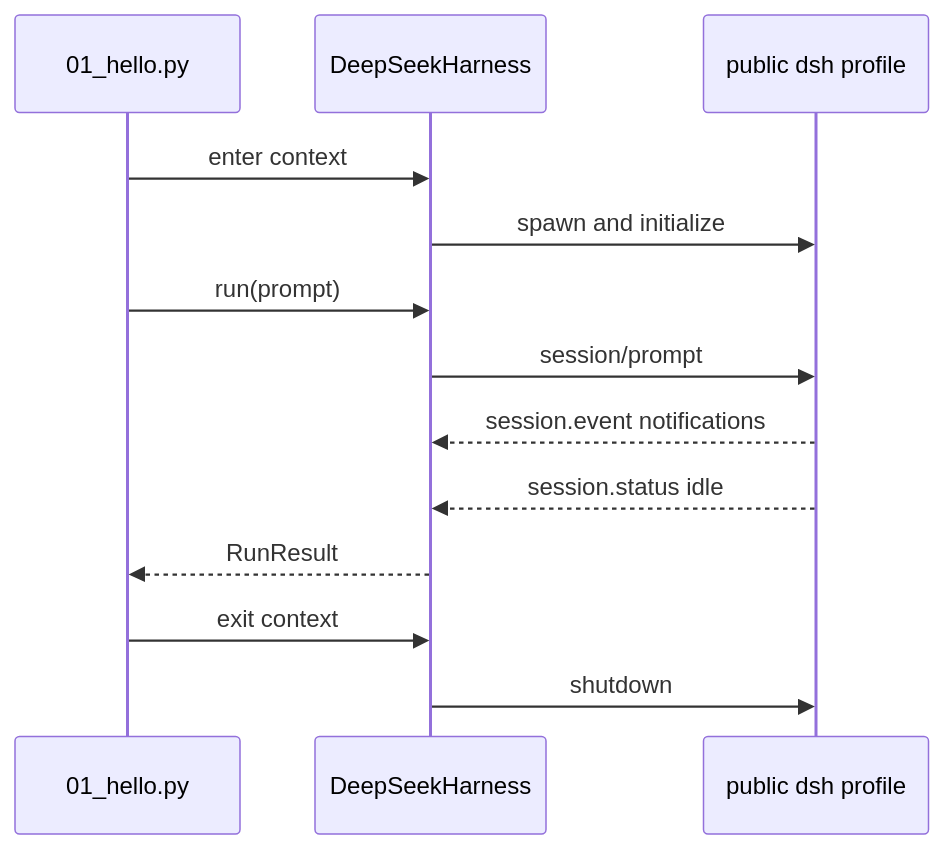
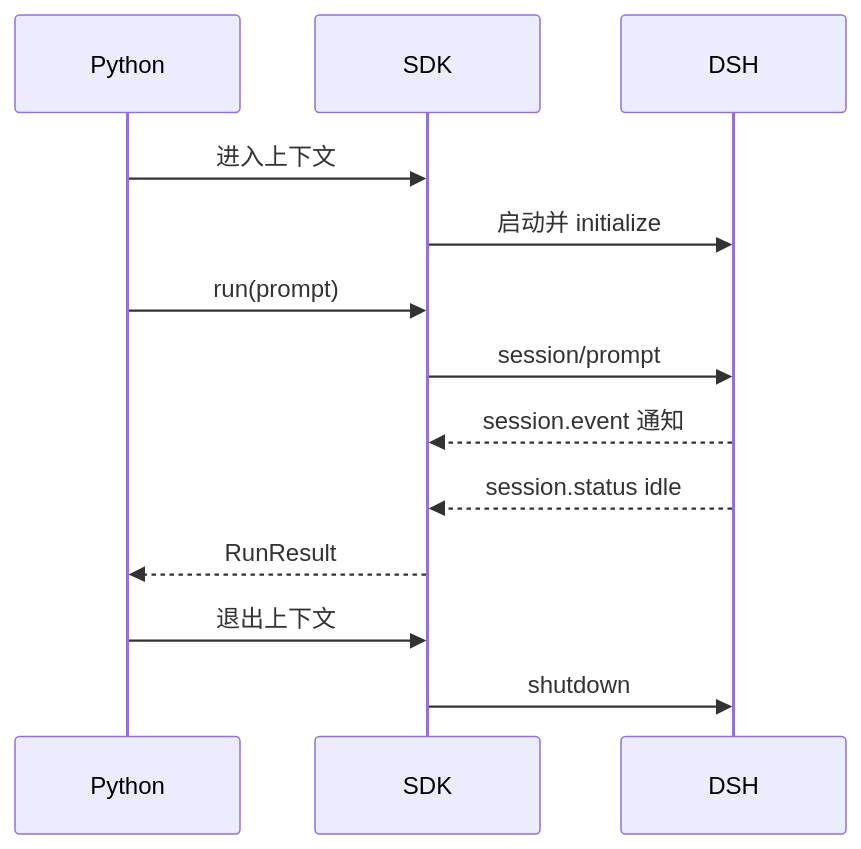
The diagram in tutorials/python-sdk/tutorials/01-hello.zh.md (eriklee1895/hands-on-dsh), drawn with Mermaid before and after one commit. The commit also changed other lines of this file and 86 other files, not shown here.

Commit message:
docs: improve course narrative, technical guidance, and diagrams

````diff
--- a/tutorials/python-sdk/tutorials/01-hello.zh.md
+++ b/tutorials/python-sdk/tutorials/01-hello.zh.md
@@ -27,15 +40,15 @@
 ```mermaid
 sequenceDiagram
-    participant App as 01_hello.py
-    participant SDK as DeepSeekHarness
-    participant Runtime as public dsh profile
-    App->>SDK: enter context
-    SDK->>Runtime: spawn and initialize
+    participant App as Python
+    participant SDK as SDK
+    participant Runtime as DSH
+    App->>SDK: 进入上下文
+    SDK->>Runtime: 启动并 initialize
     App->>SDK: run(prompt)
     SDK->>Runtime: session/prompt
-    Runtime-->>SDK: session.event notifications
+    Runtime-->>SDK: session.event 通知
     Runtime-->>SDK: session.status idle
     SDK-->>App: RunResult
-    App->>SDK: exit context
+    App->>SDK: 退出上下文
     SDK->>Runtime: shutdown
 ```
````
